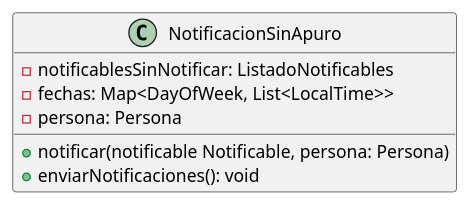
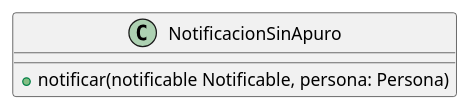
Before and after one commit to mbertogliati/dds-tpa: the diagram in main-project/DC/E3/domain/comunidades/notificacionesPersona/NotificacionSinApuro.puml, drawn with PlantUML. The commit also changed 2 other files, not shown here.

Commit message:
Cambio en DC notificacionPersona

```diff
--- a/main-project/DC/E3/domain/comunidades/notificacionesPersona/NotificacionSinApuro.puml
+++ b/main-project/DC/E3/domain/comunidades/notificacionesPersona/NotificacionSinApuro.puml
@@ -1,13 +1,8 @@
 @startuml
 'https://plantuml.com/class-diagram
 
 class NotificacionSinApuro{
-    -notificablesSinNotificar: ListadoNotificables
-    -fechas: Map<DayOfWeek, List<LocalTime>>
-    -persona: Persona
-
     +notificar(notificable Notificable, persona: Persona)
-    +enviarNotificaciones(): void
 }
 
 @enduml
```
